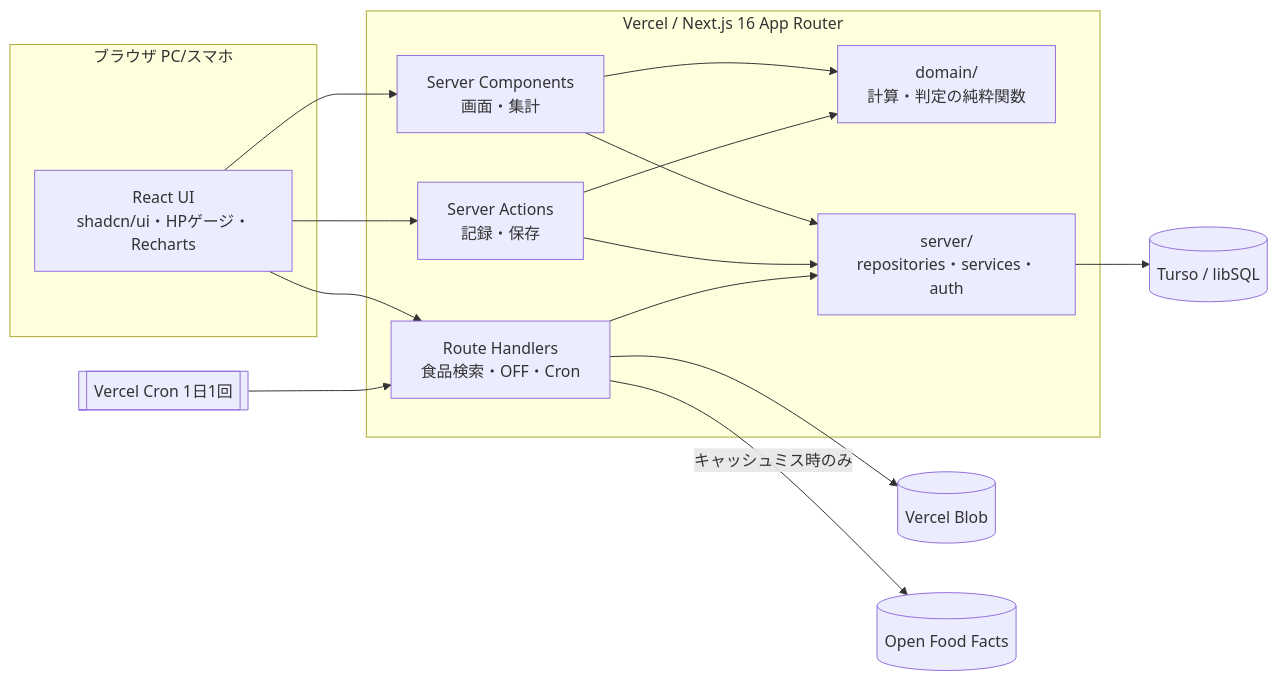
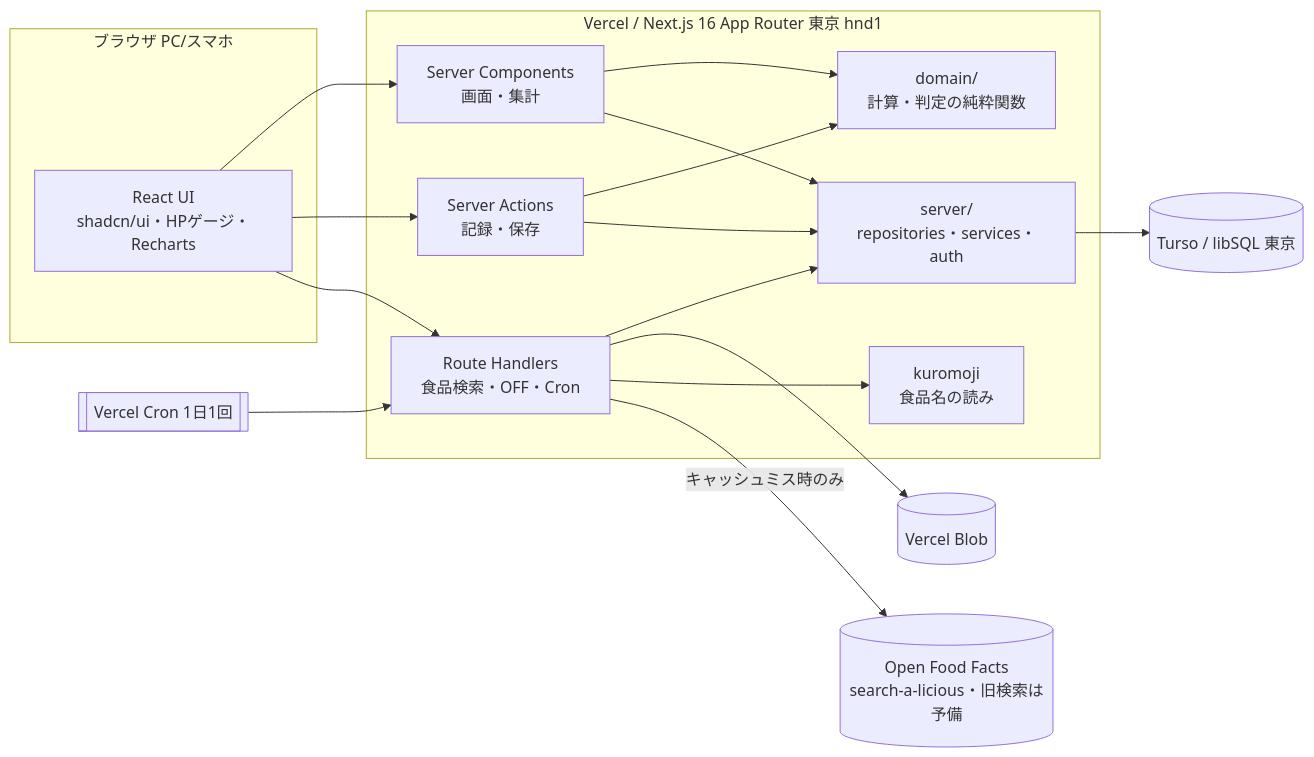
Before and after one commit to ibukioi/dietlog: the diagram in README.md, drawn with Mermaid. The commit also changed other lines of this file and 1 other file, not shown here.

````diff
--- a/README.md
+++ b/README.md
@@ -25,23 +25,25 @@
 ```mermaid
 flowchart LR
   subgraph Browser[ブラウザ PC/スマホ]
     UI[React UI<br/>shadcn/ui・HPゲージ・Recharts]
   end
-  subgraph Vercel[Vercel / Next.js 16 App Router]
+  subgraph Vercel[Vercel / Next.js 16 App Router 東京 hnd1]
     RSC[Server Components<br/>画面・集計]
     SA[Server Actions<br/>記録・保存]
     RH[Route Handlers<br/>食品検索・OFF・Cron]
+    K[kuromoji<br/>食品名の読み]
     D[domain/<br/>計算・判定の純粋関数]
     S[server/<br/>repositories・services・auth]
   end
-  T[(Turso / libSQL)]
+  T[(Turso / libSQL 東京)]
   B[(Vercel Blob)]
-  OFF[(Open Food Facts)]
+  OFF[(Open Food Facts<br/>search-a-licious・旧検索は予備)]
   C[[Vercel Cron 1日1回]]
   UI --> RSC & SA & RH
   RSC & SA --> D
   RSC & SA & RH --> S --> T
   RH --> B
+  RH --> K
   RH -->|キャッシュミス時のみ| OFF
   C --> RH
 ```
````
